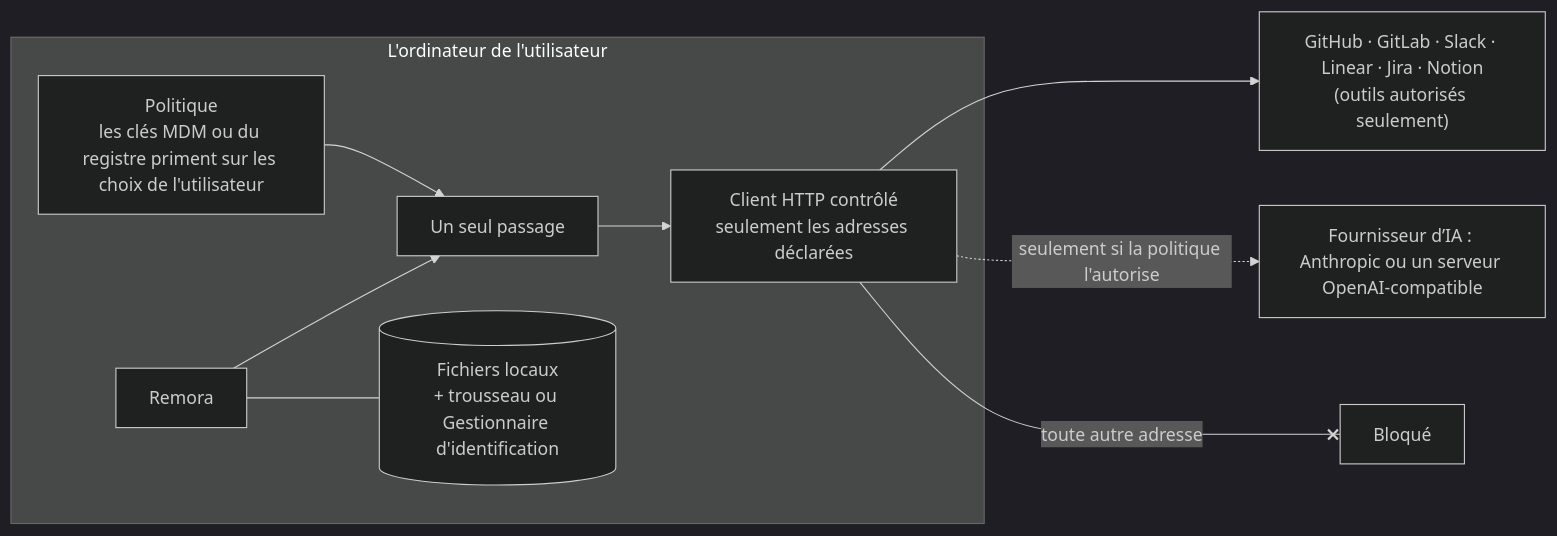
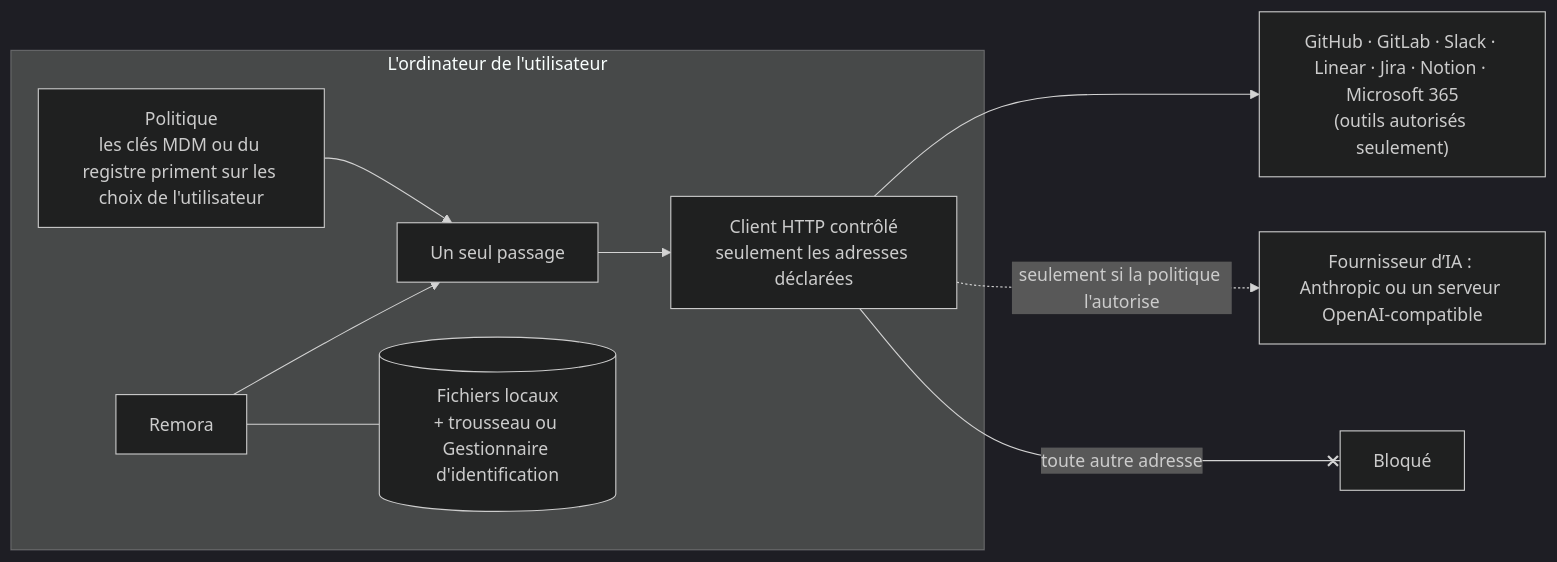
One commit to iGitScor/triage changed the diagram in docs/fr/admin/index.md. Above: the diagram before and after it, drawn with Mermaid (dark theme). The commit also changed other lines of this file and 39 other files, not shown here.

````diff
--- a/docs/fr/admin/index.md
+++ b/docs/fr/admin/index.md
@@ -28,13 +28,13 @@
 ```mermaid
 flowchart LR
   subgraph Computer["L'ordinateur de l'utilisateur"]
     UI["Remora"] --> Gate["Un seul passage"]
     Policy["Politique<br/>les clés MDM ou du registre priment sur les choix de l'utilisateur"] --> Gate
     Gate --> Client["Client HTTP contrôlé<br/>seulement les adresses déclarées"]
     Store[("Fichiers locaux<br/>+ trousseau ou Gestionnaire d'identification")]
     UI --- Store
   end
-  Client --> Tools["GitHub · GitLab · Slack · Linear · Jira · Notion<br/>(outils autorisés seulement)"]
+  Client --> Tools["GitHub · GitLab · Slack · Linear · Jira · Notion · Microsoft 365<br/>(outils autorisés seulement)"]
   Client -. "seulement si la politique l'autorise" .-> Claude["Fournisseur d’IA : Anthropic ou un serveur OpenAI-compatible"]
   Client -- "toute autre adresse" --x Blocked["Bloqué"]
 ```
````
